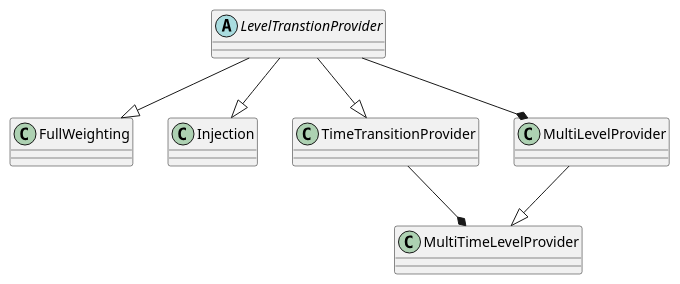
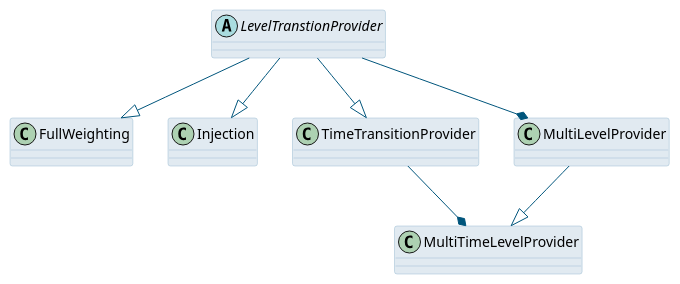
Before and after one commit to Parallel-in-Time/PyPinT: the diagram in doc/source/imgs/src/multi_level_providers_interfaces.puml, drawn with PlantUML. The commit also changed 7 other files, not shown here.

Commit message:
docu: fixing diagrams for PinTWS14 talk

```diff
--- a/doc/source/imgs/src/multi_level_providers_interfaces.puml
+++ b/doc/source/imgs/src/multi_level_providers_interfaces.puml
@@ -1,21 +1,33 @@
 @startuml
+
+skinparam stereotype {
+    CBackgroundColor #AF5A50
+    ABackgroundColor #7D966E
+    IBackgroundColor #D7AA50
+}
+
+skinparam class {
+	BackgroundColor #E1EAF1
+	ArrowColor #00557C
+	BorderColor #99BAD0
+}
 
 abstract class LevelTranstionProvider
 
 class FullWeighting
 class Injection
 class TimeTransitionProvider
 
 class MultiLevelProvider
 class MultiTimeLevelProvider
 
 LevelTranstionProvider --|> FullWeighting
 LevelTranstionProvider --|> Injection
 LevelTranstionProvider --|> TimeTransitionProvider
 
 LevelTranstionProvider --* MultiLevelProvider
 
 MultiLevelProvider --|> MultiTimeLevelProvider
 TimeTransitionProvider --* MultiTimeLevelProvider
 
 @enduml
```
